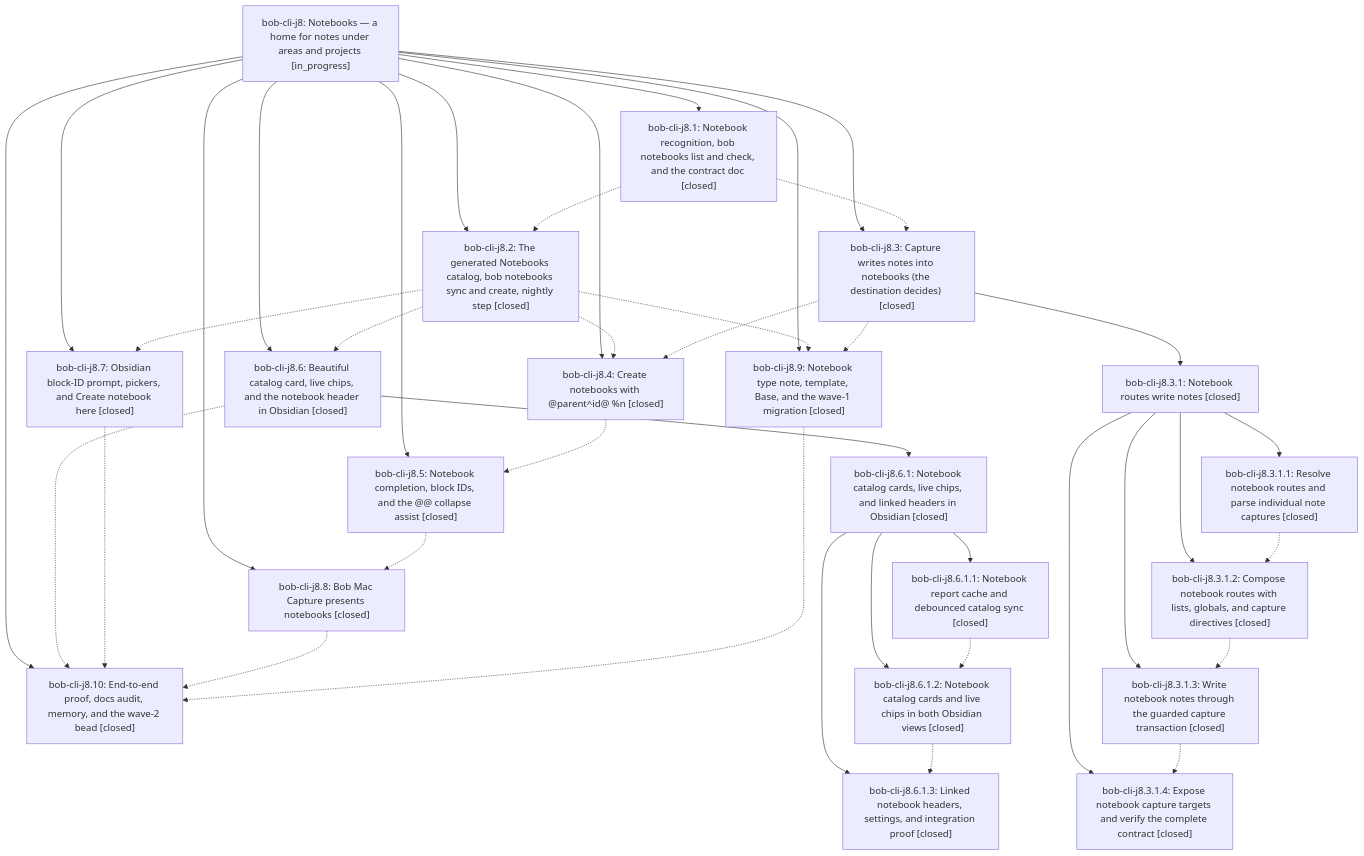
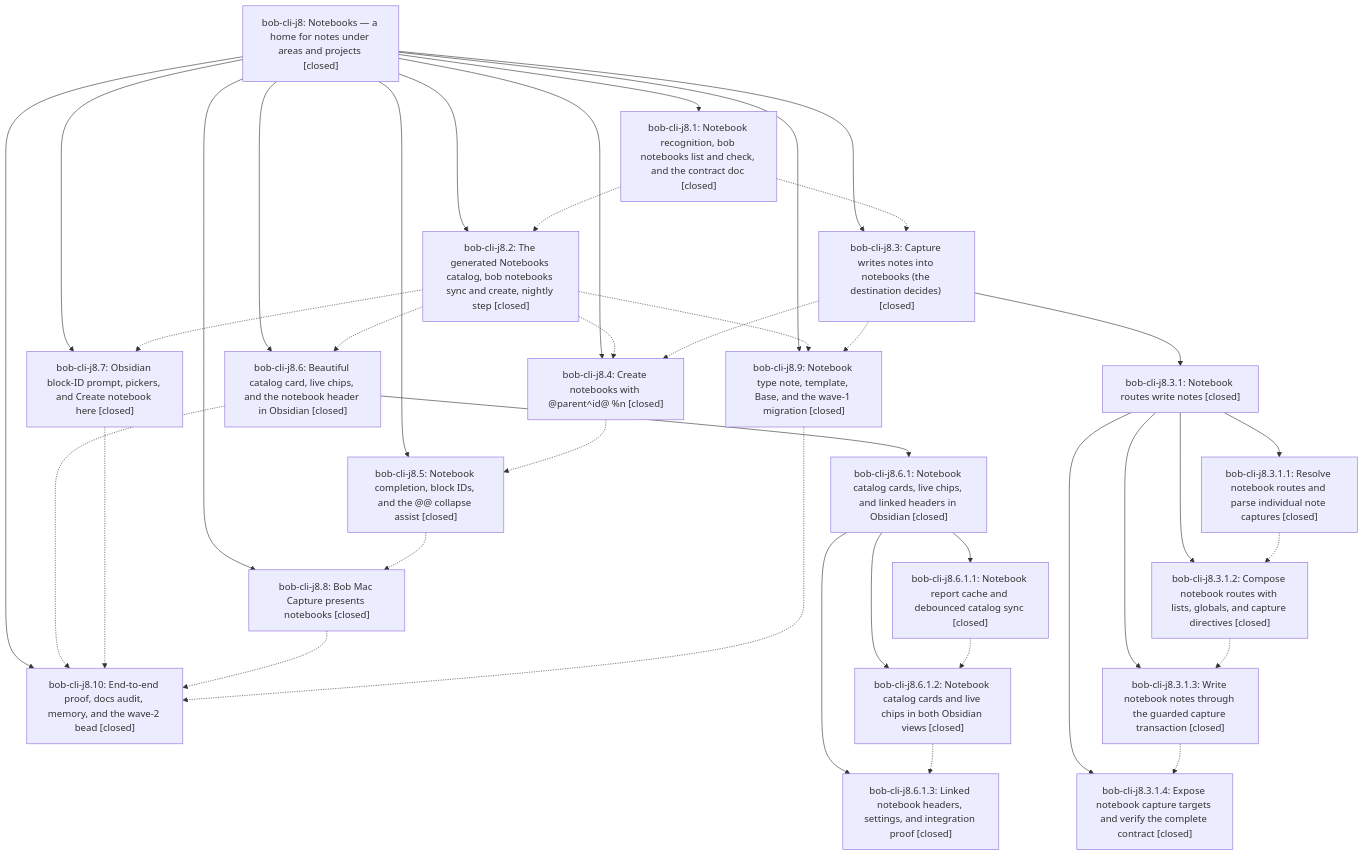
Before and after one commit to bobs-org/bob-cli--beads: the diagram in pages/bob-cli-j8/README.md, drawn with Mermaid. The commit also changed other lines of this file and 7 other files, not shown here.

First line of the commit message:
chore(beads): sync bead state and pages for bob-cli-j8

````diff
--- a/pages/bob-cli-j8/README.md
+++ b/pages/bob-cli-j8/README.md
@@ -67,61 +71,61 @@
 ```mermaid
 flowchart TD
-    n0["bob-cli-j8: Notebooks — a home for notes under areas and projects [in_progress]"]
+    n0["bob-cli-j8: Notebooks — a home for notes under areas and projects [closed]"]
     n1["bob-cli-j8.1: Notebook recognition, bob notebooks list and check, and the contract doc [closed]"]
     n2["bob-cli-j8.10: End-to-end proof, docs audit, memory, and the wave-2 bead [closed]"]
     n3["bob-cli-j8.2: The generated Notebooks catalog, bob notebooks sync and create, nightly step [closed]"]
     n4["bob-cli-j8.3: Capture writes notes into notebooks (the destination decides) [closed]"]
     n5["bob-cli-j8.3.1: Notebook routes write notes [closed]"]
     n6["bob-cli-j8.3.1.1: Resolve notebook routes and parse individual note captures [closed]"]
     n7["bob-cli-j8.3.1.2: Compose notebook routes with lists, globals, and capture directives [closed]"]
     n8["bob-cli-j8.3.1.3: Write notebook notes through the guarded capture transaction [closed]"]
     n9["bob-cli-j8.3.1.4: Expose notebook capture targets and verify the complete contract [closed]"]
     n10["bob-cli-j8.4: Create notebooks with @parent^id@ %n [closed]"]
     n11["bob-cli-j8.5: Notebook completion, block IDs, and the @@ collapse assist [closed]"]
     n12["bob-cli-j8.6: Beautiful catalog card, live chips, and the notebook header in Obsidian [closed]"]
     n13["bob-cli-j8.6.1: Notebook catalog cards, live chips, and linked headers in Obsidian [closed]"]
     n14["bob-cli-j8.6.1.1: Notebook report cache and debounced catalog sync [closed]"]
     n15["bob-cli-j8.6.1.2: Notebook catalog cards and live chips in both Obsidian views [closed]"]
     n16["bob-cli-j8.6.1.3: Linked notebook headers, settings, and integration proof [closed]"]
     n17["bob-cli-j8.7: Obsidian block-ID prompt, pickers, and Create notebook here [closed]"]
     n18["bob-cli-j8.8: Bob Mac Capture presents notebooks [closed]"]
     n19["bob-cli-j8.9: Notebook type note, template, Base, and the wave-1 migration [closed]"]
     n0 --> n1
     n0 --> n2
     n0 --> n3
     n0 --> n4
     n4 --> n5
     n5 --> n6
     n5 --> n7
     n5 --> n8
     n5 --> n9
     n0 --> n10
     n0 --> n11
     n0 --> n12
     n12 --> n13
     n13 --> n14
     n13 --> n15
     n13 --> n16
     n0 --> n17
     n0 --> n18
     n0 --> n19
     n1 -.-> n3
     n1 -.-> n4
     n3 -.-> n10
     n3 -.-> n12
     n3 -.-> n17
     n3 -.-> n19
     n4 -.-> n10
     n4 -.-> n19
     n6 -.-> n7
     n7 -.-> n8
     n8 -.-> n9
     n10 -.-> n11
     n11 -.-> n18
     n12 -.-> n2
     n14 -.-> n15
     n15 -.-> n16
     n17 -.-> n2
     n18 -.-> n2
     n19 -.-> n2
 ```
````
